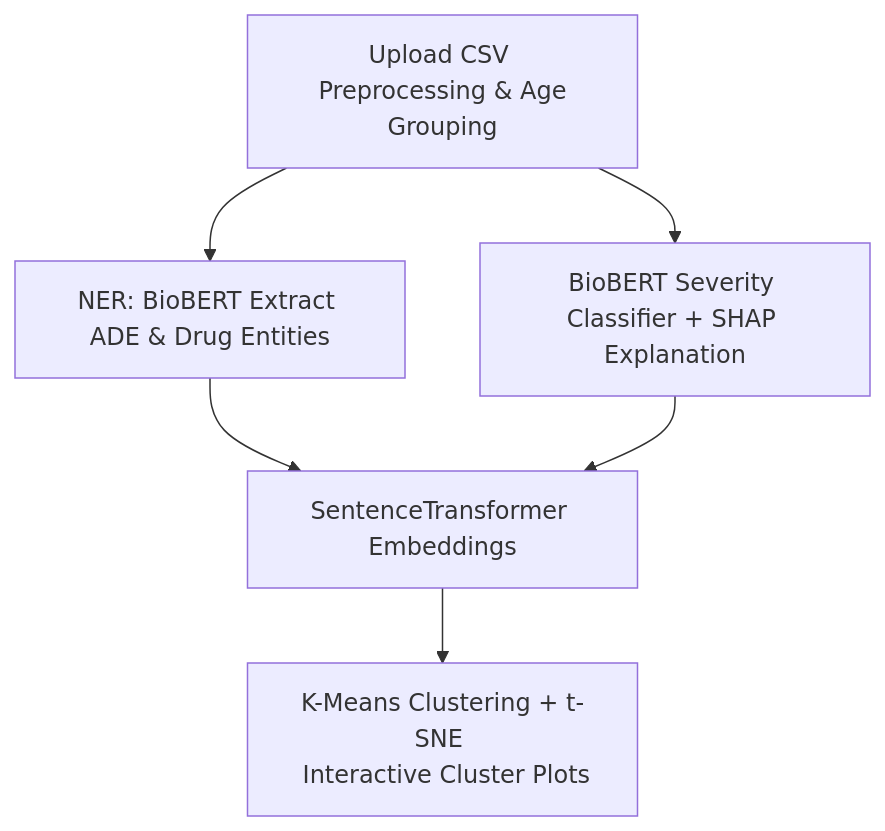
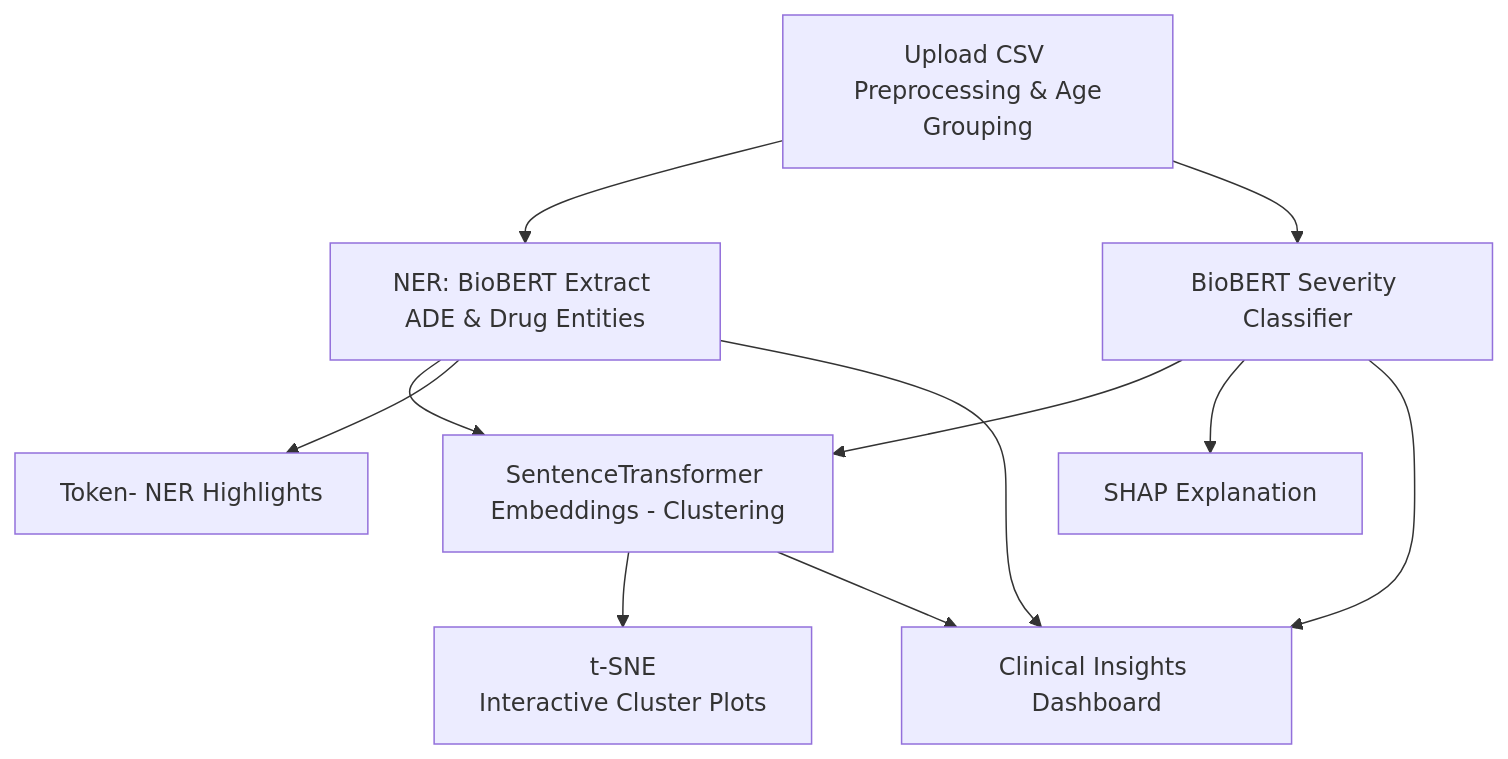
The fourth of 4 diagrams in README.md (Sugiuma/ADEGuard), drawn with Mermaid before and after one commit.

````diff
--- a/README.md
+++ b/README.md
@@ -224,15 +224,17 @@
 ```mermaid
 flowchart TD
     A[Upload CSV <br> Preprocessing & Age Grouping]
 
     A --> C[NER: BioBERT Extract ADE & Drug Entities]
 
-    A --> D[BioBERT Severity Classifier + SHAP Explanation]
-
-    C --> E[SentenceTransformer Embeddings]
+    A --> D[BioBERT Severity Classifier] 
+    C --> E[SentenceTransformer Embeddings - Clustering]
     D --> E
 
-    E --> F[K-Means Clustering + t-SNE <br> Interactive Cluster Plots]
-   
-   
+    E --> F[t-SNE <br> Interactive Cluster Plots]
+    C --> G[Token- NER Highlights]
+    D --> H[SHAP Explanation]
+    C --> I[Clinical Insights Dashboard]
+    E --> I
+    D --> I
 ```
````
